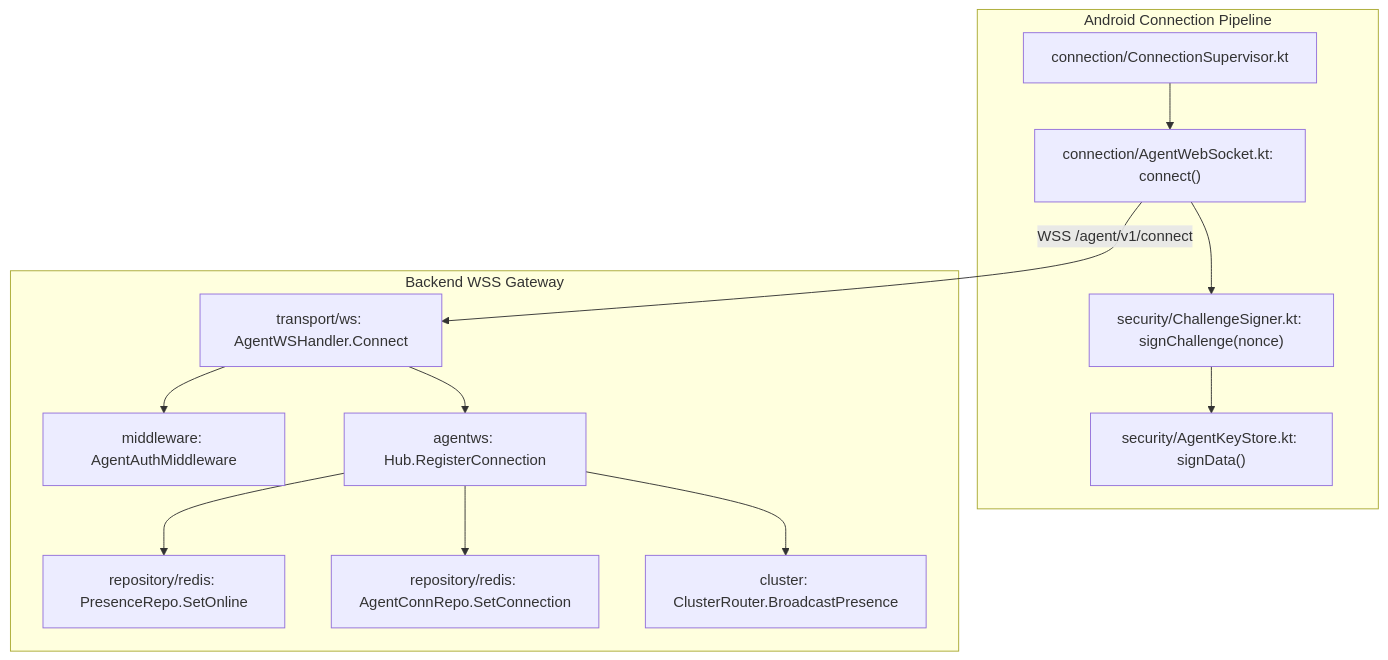
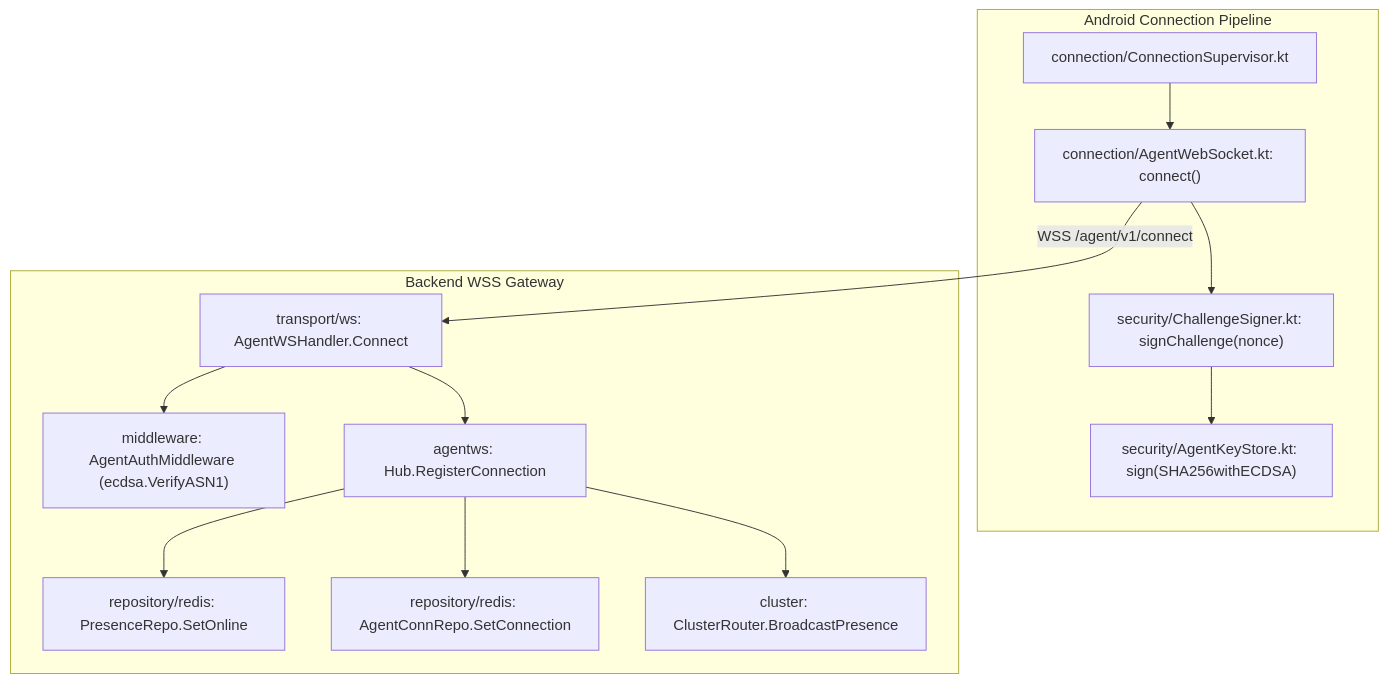
One commit to tcandt/cloudphone-farm changed the second of 4 diagrams in docs/codegraph/CODEGRAPH-V2.md. Above: the diagram before and after it, drawn with Mermaid. The commit also changed other lines of this file and 9 other files, not shown here.

````diff
--- a/docs/codegraph/CODEGRAPH-V2.md
+++ b/docs/codegraph/CODEGRAPH-V2.md
@@ -59,17 +59,17 @@
 ```mermaid
 flowchart TD
     subgraph ANDROID_CONN ["Android Connection Pipeline"]
         Supervisor["connection/ConnectionSupervisor.kt"] --> WS["connection/AgentWebSocket.kt: connect()"]
         WS --> Signer["security/ChallengeSigner.kt: signChallenge(nonce)"]
-        Signer --> KeyStore["security/AgentKeyStore.kt: signData()"]
+        Signer --> KeyStore["security/AgentKeyStore.kt: sign(SHA256withECDSA)"]
     end
 
     subgraph BACKEND_WS ["Backend WSS Gateway"]
         WS -->|WSS /agent/v1/connect| WSHandler["transport/ws: AgentWSHandler.Connect"]
-        WSHandler --> MW_AgentAuth["middleware: AgentAuthMiddleware"]
+        WSHandler --> MW_AgentAuth["middleware: AgentAuthMiddleware (ecdsa.VerifyASN1)"]
         WSHandler --> Hub["agentws: Hub.RegisterConnection"]
         Hub --> Repo_Presence["repository/redis: PresenceRepo.SetOnline"]
         Hub --> Repo_Conn["repository/redis: AgentConnRepo.SetConnection"]
         Hub --> ClusterRouter["cluster: ClusterRouter.BroadcastPresence"]
     end
 ```
````
